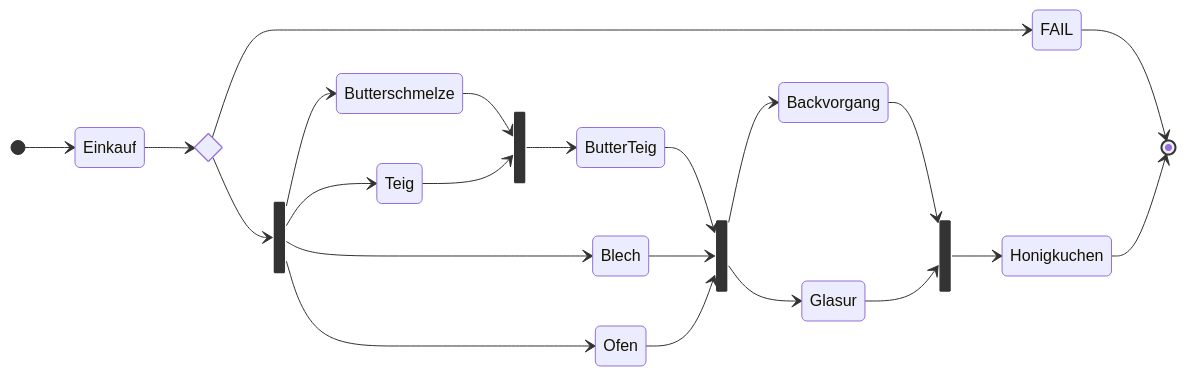
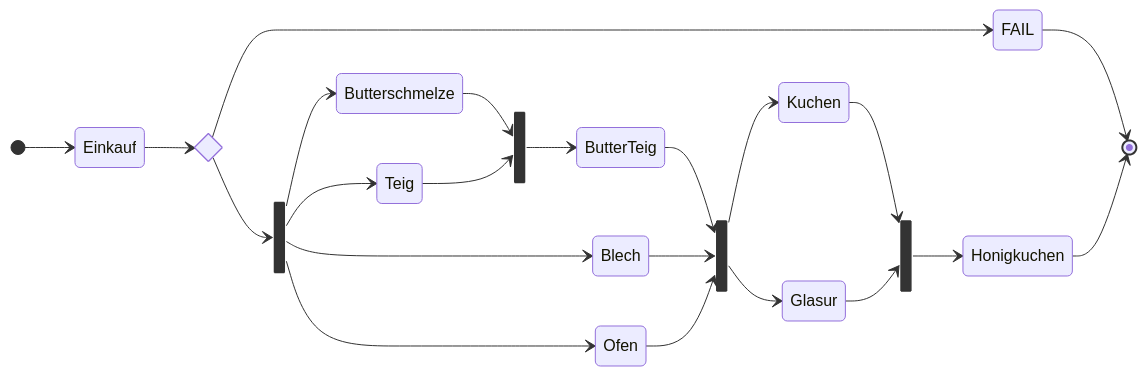
One commit to SchlammSpringer/modern-springboot-with-kotlin changed the diagram in slides.md. Above: the diagram before and after it, drawn with Mermaid. The commit also changed other lines of this file, not shown here.

````diff
--- a/slides.md
+++ b/slides.md
@@ -199,33 +199,33 @@
 ```mermaid {'theme': 'dark','themeVariables': { 'fontSize': '25px'}}
  stateDiagram-v2
     direction LR
     state if_state <<choice>>
     [*] --> Einkauf
     Einkauf --> if_state
     if_state --> FAIL
     FAIL --> [*]
     state schritt1 <<fork>>
     if_state --> schritt1
     schritt1 --> Butterschmelze
     schritt1 --> Teig
     schritt1 --> Ofen
     schritt1 --> Blech
 
     state join_schritt1 <<join>>
     Butterschmelze --> join_schritt1
     Teig --> join_schritt1
     join_schritt1 --> ButterTeig
 
     state join_all <<join>>
     ButterTeig --> join_all
     Blech --> join_all
     Ofen --> join_all
-    join_all --> Backvorgang
+    join_all --> Kuchen
     join_all --> Glasur
 
     state join_end <<join>>
-    Backvorgang --> join_end
+    Kuchen --> join_end
     Glasur --> join_end
     join_end --> Honigkuchen
     Honigkuchen --> [*]
 ```
````
